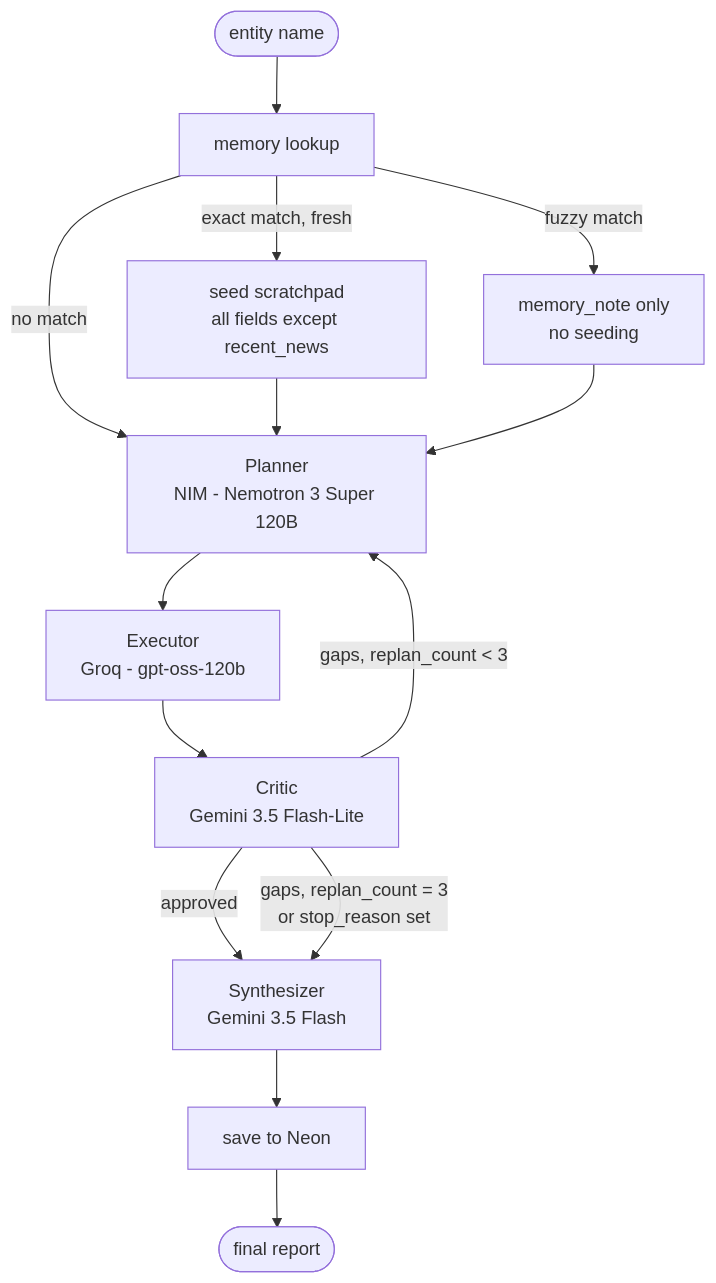
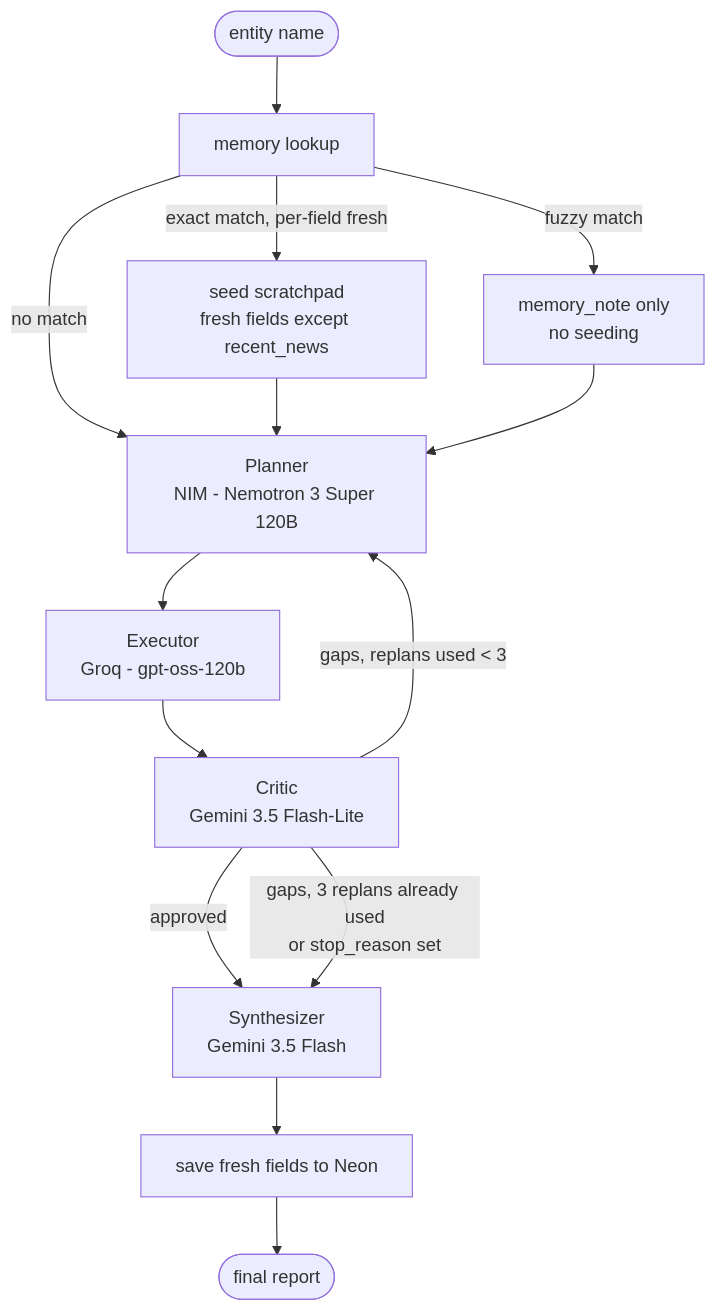
One commit to abhinavharbola/competitive-intelligence-agent changed the diagram in README.md. Above: the diagram before and after it, drawn with Mermaid. The commit also changed other lines of this file and 5 other files, not shown here.

Commit message:
docs: README, architecture doc and dependencies

````diff
--- a/README.md
+++ b/README.md
@@ -36,17 +36,17 @@
 ```mermaid
 flowchart TD
     start([entity name]) --> mem[memory lookup]
-    mem -->|exact match, fresh| seed[seed scratchpad\nall fields except recent_news]
+    mem -->|exact match, per-field fresh| seed[seed scratchpad\nfresh fields except recent_news]
     mem -->|fuzzy match| note[memory_note only\nno seeding]
     mem -->|no match| planner
     seed --> planner
     note --> planner
 
     planner[Planner\nNIM - Nemotron 3 Super 120B] --> executor[Executor\nGroq - gpt-oss-120b]
     executor --> critic[Critic\nGemini 3.5 Flash-Lite]
     critic -->|approved| synthesizer[Synthesizer\nGemini 3.5 Flash]
-    critic -->|gaps, replan_count < 3| planner
-    critic -->|gaps, replan_count = 3\nor stop_reason set| synthesizer
-    synthesizer --> save[save to Neon]
+    critic -->|gaps, replans used < 3| planner
+    critic -->|gaps, 3 replans already used\nor stop_reason set| synthesizer
+    synthesizer --> save[save fresh fields to Neon]
     save --> report([final report])
 ```
````
